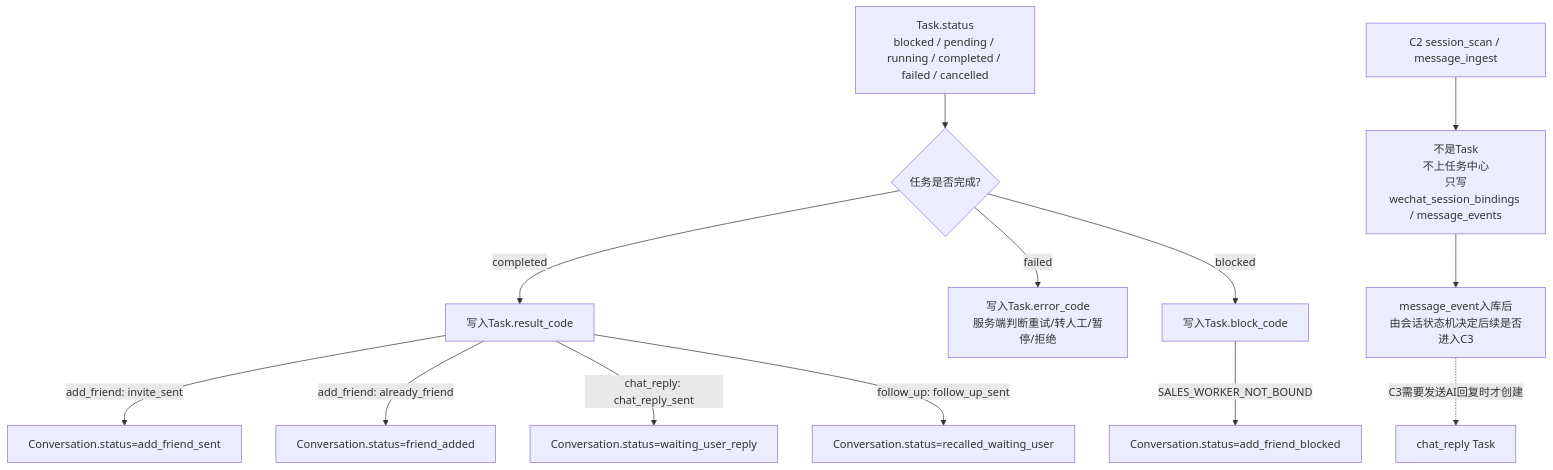
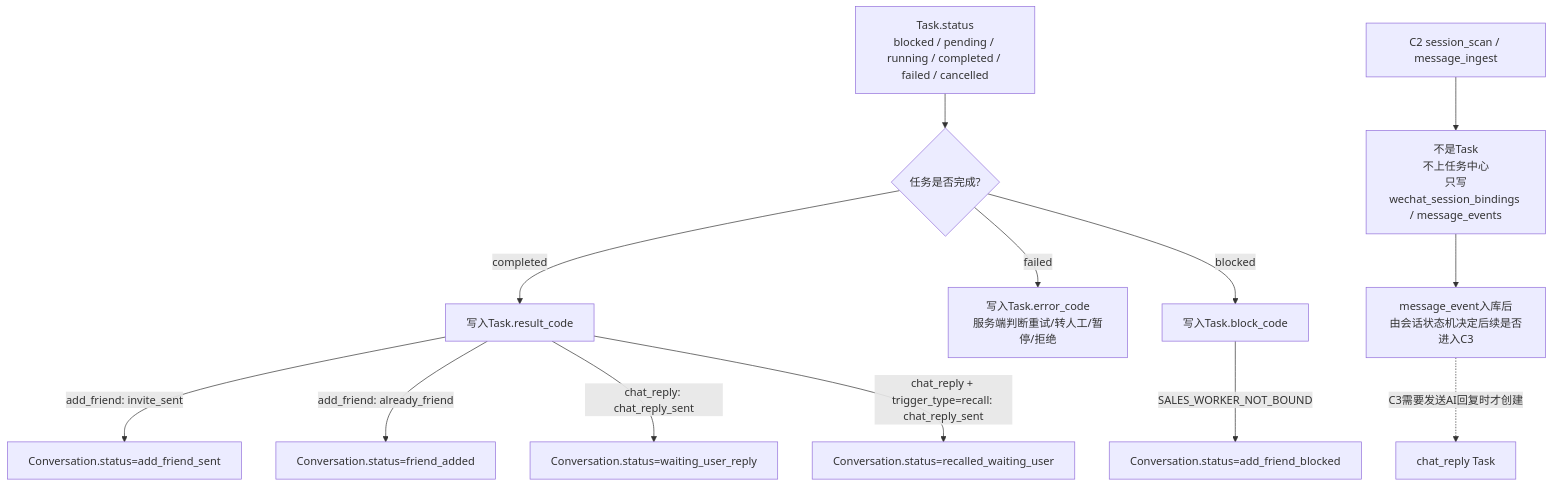
The sixth of 13 diagrams in deliverables/AI智能客服售前跟进系统_UML图_v0.7.md (edwardzhang0304/chejin-ai-sales), drawn with Mermaid before and after one commit. The commit also changed other lines of this file and 185 other files, not shown here.

````diff
--- a/deliverables/AI智能客服售前跟进系统_UML图_v0.7.md
+++ b/deliverables/AI智能客服售前跟进系统_UML图_v0.7.md
@@ -418,15 +420,15 @@
 ```mermaid
 flowchart TD
     A["Task.status<br/>blocked / pending / running / completed / failed / cancelled"] --> B{任务是否完成?}
     B -- "completed" --> C["写入Task.result_code"]
     C -- "add_friend: invite_sent" --> D["Conversation.status=add_friend_sent"]
     C -- "add_friend: already_friend" --> E["Conversation.status=friend_added"]
     C -- "chat_reply: chat_reply_sent" --> F["Conversation.status=waiting_user_reply"]
-    C -- "follow_up: follow_up_sent" --> G["Conversation.status=recalled_waiting_user"]
+    C -- "chat_reply + trigger_type=recall: chat_reply_sent" --> G["Conversation.status=recalled_waiting_user"]
     B -- "failed" --> H["写入Task.error_code<br/>服务端判断重试/转人工/暂停/拒绝"]
     B -- "blocked" --> I["写入Task.block_code"]
     I -- "SALES_WORKER_NOT_BOUND" --> J["Conversation.status=add_friend_blocked"]
     X["C2 session_scan / message_ingest"] --> Y["不是Task<br/>不上任务中心<br/>只写wechat_session_bindings / message_events"]
     Y --> Z["message_event入库后<br/>由会话状态机决定后续是否进入C3"]
     Z -. "C3需要发送AI回复时才创建" .-> K["chat_reply Task"]
 ```
````
